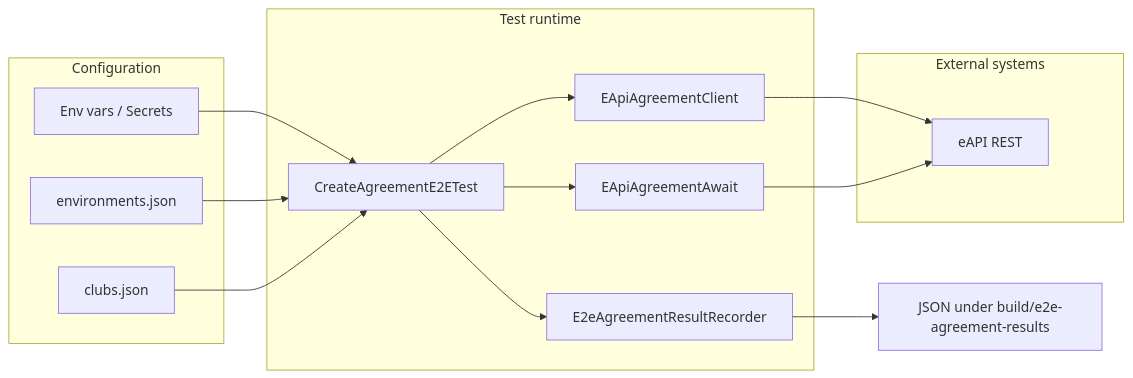
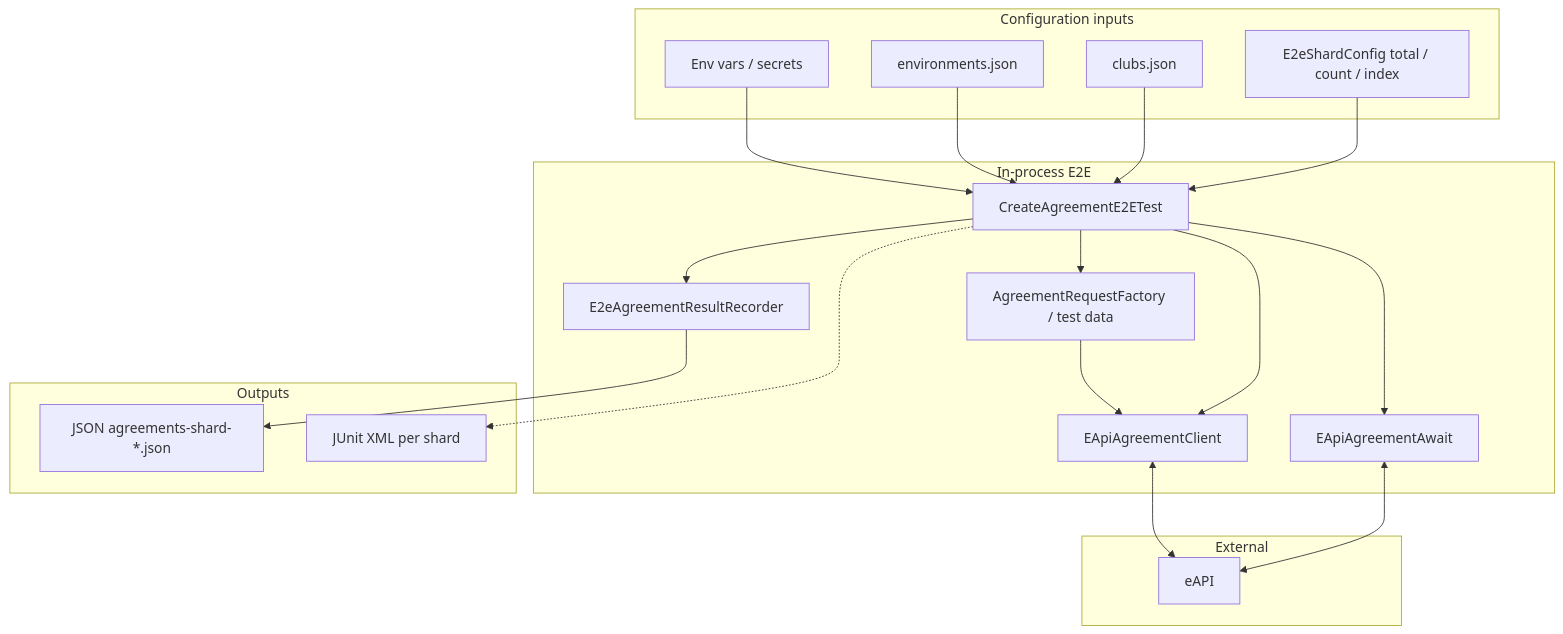
One commit to PavankumardasariABC/Member-transfer_Automation changed the second of 3 diagrams in docs/WIKI-Executive-and-Technical-Overview.md. Above: the diagram before and after it, drawn with Mermaid. The commit also changed other lines of this file, not shown here.

First line of the commit message:
docs(wiki): add ASCII and Mermaid architecture figures in §4

````diff
--- a/docs/WIKI-Executive-and-Technical-Overview.md
+++ b/docs/WIKI-Executive-and-Technical-Overview.md
@@ -50,26 +133,36 @@
 ```mermaid
-flowchart LR
-  subgraph config [Configuration]
-    ENV[Env vars / Secrets]
+flowchart TB
+  subgraph config [Configuration inputs]
+    ENV[Env vars / secrets]
     PROF[environments.json]
     CLUBS[clubs.json]
+    SHARD[E2eShardConfig total / count / index]
   end
-  subgraph runtime [Test runtime]
+  subgraph runtime [In-process E2E]
     TEST[CreateAgreementE2ETest]
+    FACT[AgreementRequestFactory / test data]
     CLIENT[EApiAgreementClient]
     AWAIT[EApiAgreementAwait]
     REC[E2eAgreementResultRecorder]
   end
-  subgraph external [External systems]
-    EAPI[eAPI REST]
+  subgraph external [External]
+    EAPI[eAPI]
+  end
+  subgraph outputs [Outputs]
+    ART[JSON agreements-shard-*.json]
+    JUNIT[JUnit XML per shard]
   end
   ENV --> TEST
   PROF --> TEST
   CLUBS --> TEST
+  SHARD --> TEST
+  TEST --> FACT
+  FACT --> CLIENT
   TEST --> CLIENT
-  CLIENT --> EAPI
+  CLIENT <--> EAPI
   TEST --> AWAIT
-  AWAIT --> EAPI
+  AWAIT <--> EAPI
   TEST --> REC
-  REC --> ART[JSON under build/e2e-agreement-results]
+  REC --> ART
+  TEST -.-> JUNIT
 ```
````
